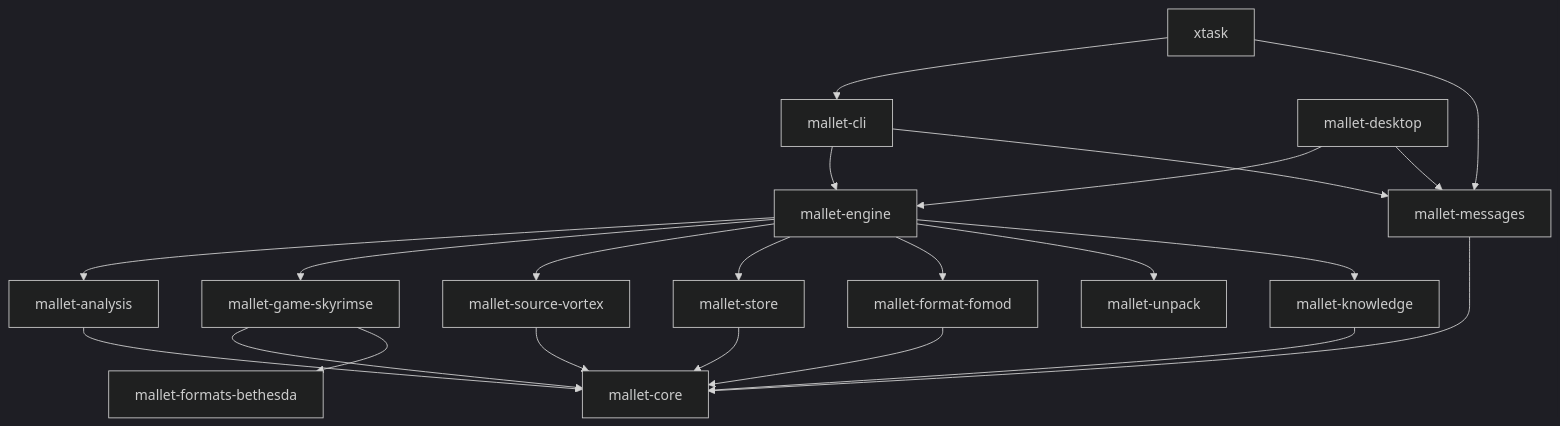
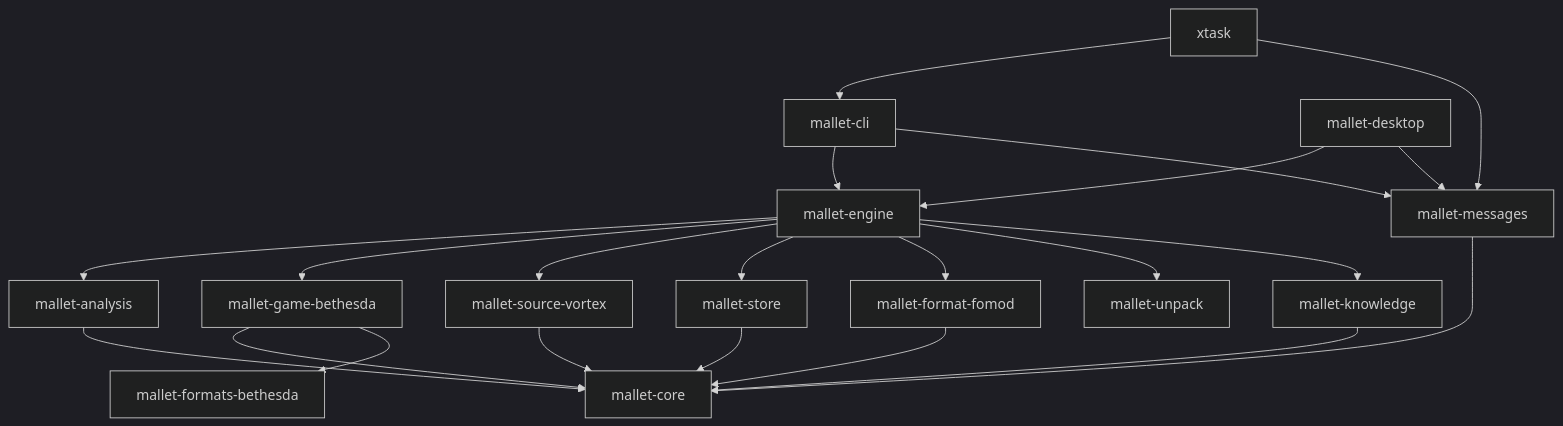
One commit to kayjix/mod-mallet changed the diagram in docs/src/architecture/crates.md. Above: the diagram before and after it, drawn with Mermaid (dark theme). The commit also changed other lines of this file and 27 other files, not shown here.

First line of the commit message:
refactor: rename mallet-game-skyrimse to mallet-game-bethesda

````diff
--- a/docs/src/architecture/crates.md
+++ b/docs/src/architecture/crates.md
@@ -7,29 +7,29 @@
 ```mermaid
 flowchart TD
     cli[mallet-cli] --> engine
     desktop[mallet-desktop] --> engine
     cli --> messages
     desktop --> messages
     xtask --> cli
     xtask --> messages
 
     engine[mallet-engine] --> analysis
     engine --> game
     engine --> vortex
     engine --> store
     engine --> fomod
     engine --> unpack
     engine --> knowledge
 
     analysis[mallet-analysis] --> core
-    game[mallet-game-skyrimse] --> core
+    game[mallet-game-bethesda] --> core
     game --> formats[mallet-formats-bethesda]
     fomod[mallet-format-fomod] --> core
     unpack[mallet-unpack]
     vortex[mallet-source-vortex] --> core
     knowledge[mallet-knowledge] --> core
     store[mallet-store] --> core
     messages[mallet-messages] --> core
 
     core[mallet-core]
 ```
````
